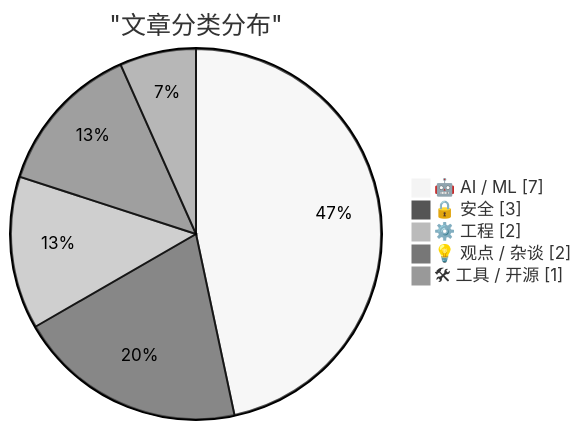
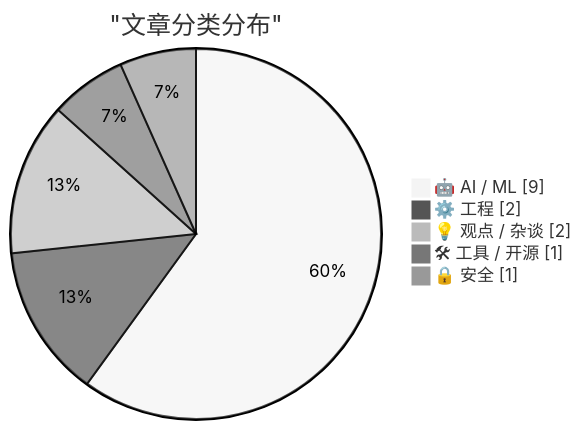
The first of 2 diagrams in digests/digest-20261102.md (jingxiebumin/ai-daily-digest), drawn with Mermaid (neutral theme) before and after one commit. The commit also changed other lines of this file, not shown here.

````diff
--- a/digests/digest-20261102.md
+++ b/digests/digest-20261102.md
@@ -412,9 +359,9 @@
 ```mermaid
 pie showData
     title "文章分类分布"
-    "🤖 AI / ML" : 7
-    "🔒 安全" : 3
+    "🤖 AI / ML" : 9
     "⚙️ 工程" : 2
     "💡 观点 / 杂谈" : 2
     "🛠 工具 / 开源" : 1
+    "🔒 安全" : 1
 ```
````
